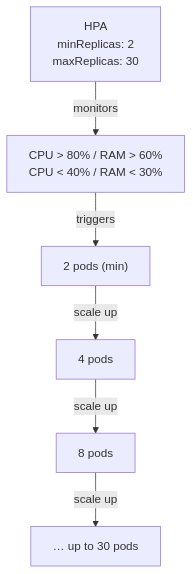
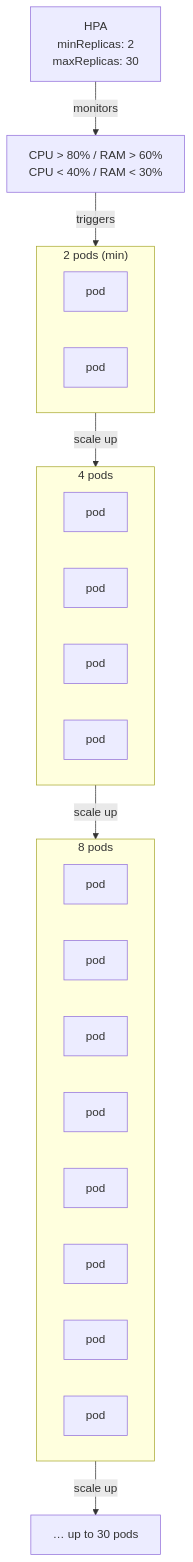
Before and after one commit to BugMentor/k6-java-spring-graphql-example: the first of 5 diagrams in README.md, drawn with Mermaid.

Commit message:
docs: add individual pod boxes in vertical HPA graph

````diff
--- a/README.md
+++ b/README.md
@@ -36,11 +36,36 @@
 ```mermaid
 graph TD
     HPA["HPA<br/>minReplicas: 2<br/>maxReplicas: 30"]
     Metrics["CPU > 80% / RAM > 60%<br/>CPU < 40% / RAM < 30%"]
     HPA -->|monitors| Metrics
     Metrics -->|triggers| S2
 
-    S2["2 pods (min)"] -->|scale up| S4["4 pods"]
-    S4 -->|scale up| S8["8 pods"]
+    subgraph S2["2 pods (min)"]
+        P1["pod"]
+        P2["pod"]
+    end
+
+    S2 -->|scale up| S4
+
+    subgraph S4["4 pods"]
+        Q1["pod"]
+        Q2["pod"]
+        Q3["pod"]
+        Q4["pod"]
+    end
+
+    S4 -->|scale up| S8
+
+    subgraph S8["8 pods"]
+        R1["pod"]
+        R2["pod"]
+        R3["pod"]
+        R4["pod"]
+        R5["pod"]
+        R6["pod"]
+        R7["pod"]
+        R8["pod"]
+    end
+
     S8 -->|scale up| SMAX["… up to 30 pods"]
 ```
````
